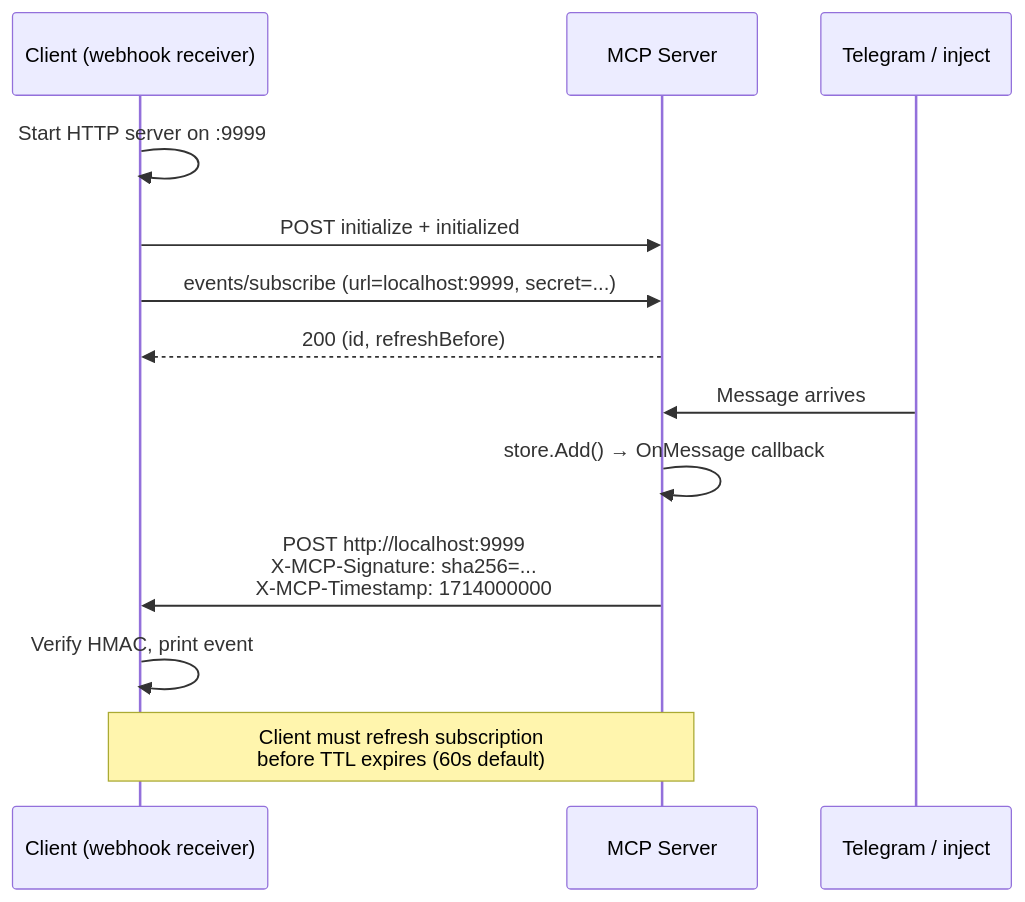
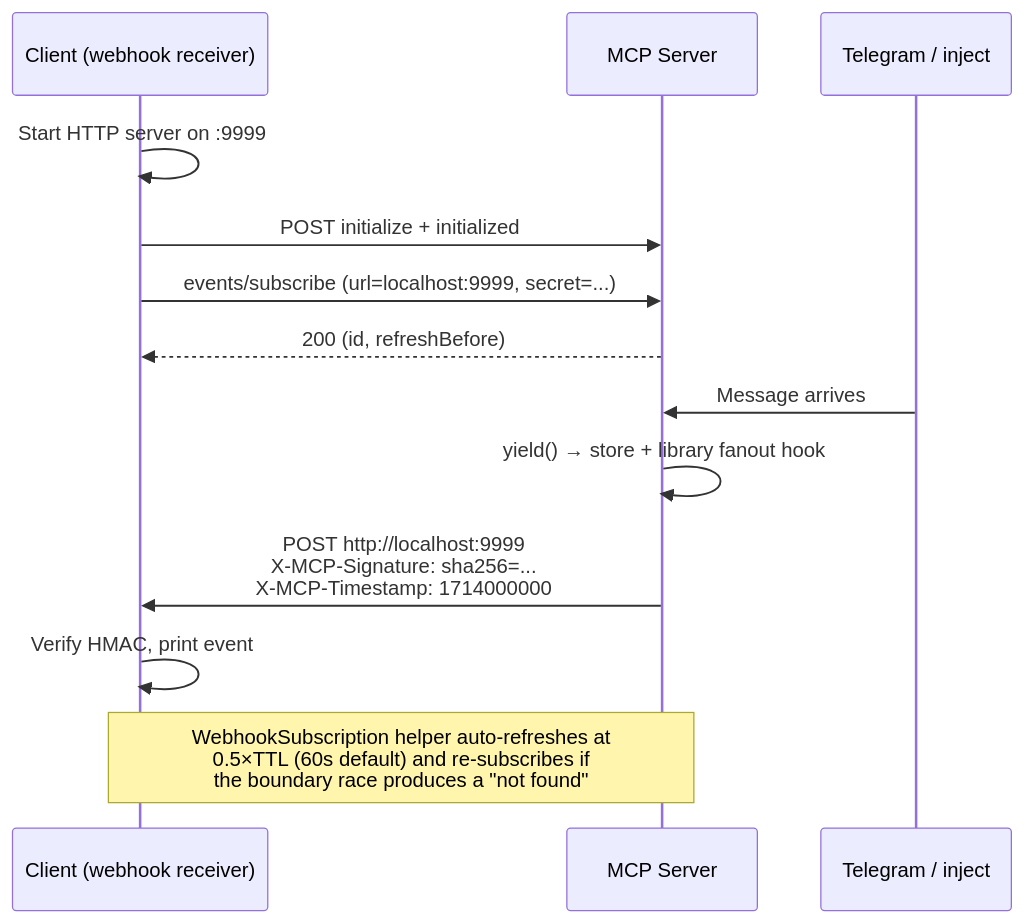
One commit to panyam/mcpkit changed the third of 3 diagrams in experimental/telegram-events/README.md. Above: the diagram before and after it, drawn with Mermaid. The commit also changed other lines of this file and 24 other files, not shown here.

First line of the commit message:
feat(events): YieldingSource SDK ergonomic + Python TTL refresh helper

````diff
--- a/experimental/telegram-events/README.md
+++ b/experimental/telegram-events/README.md
@@ -82,18 +82,18 @@
 ```mermaid
 sequenceDiagram
     participant C as Client (webhook receiver)
     participant S as MCP Server
     participant T as Telegram / inject
 
     C->>C: Start HTTP server on :9999
     C->>S: POST initialize + initialized
     C->>S: events/subscribe (url=localhost:9999, secret=...)
     S-->>C: 200 (id, refreshBefore)
 
     T->>S: Message arrives
-    S->>S: store.Add() → OnMessage callback
+    S->>S: yield() → store + library fanout hook
     S->>C: POST http://localhost:9999<br/>X-MCP-Signature: sha256=...<br/>X-MCP-Timestamp: 1714000000
     C->>C: Verify HMAC, print event
 
-    Note over C,S: Client must refresh subscription<br/>before TTL expires (60s default)
+    Note over C,S: WebhookSubscription helper auto-refreshes at<br/>0.5×TTL (60s default) and re-subscribes if<br/>the boundary race produces a "not found"
 ```
````
